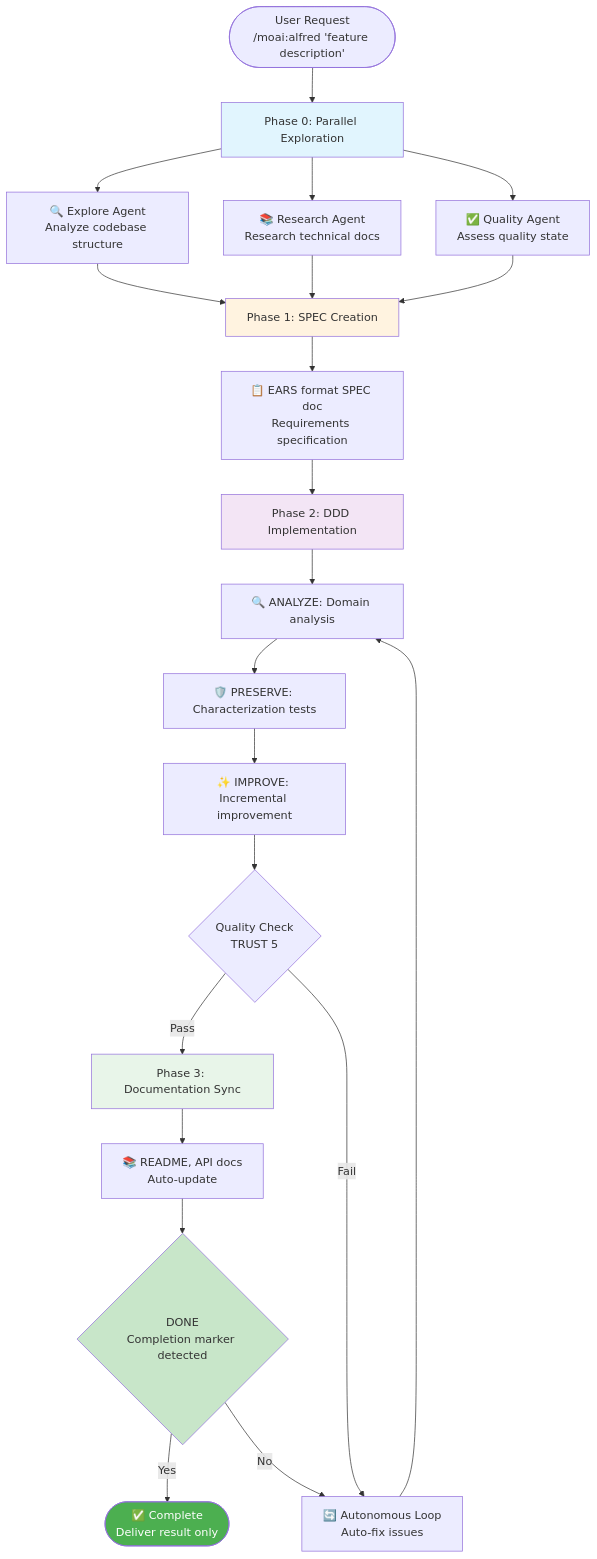
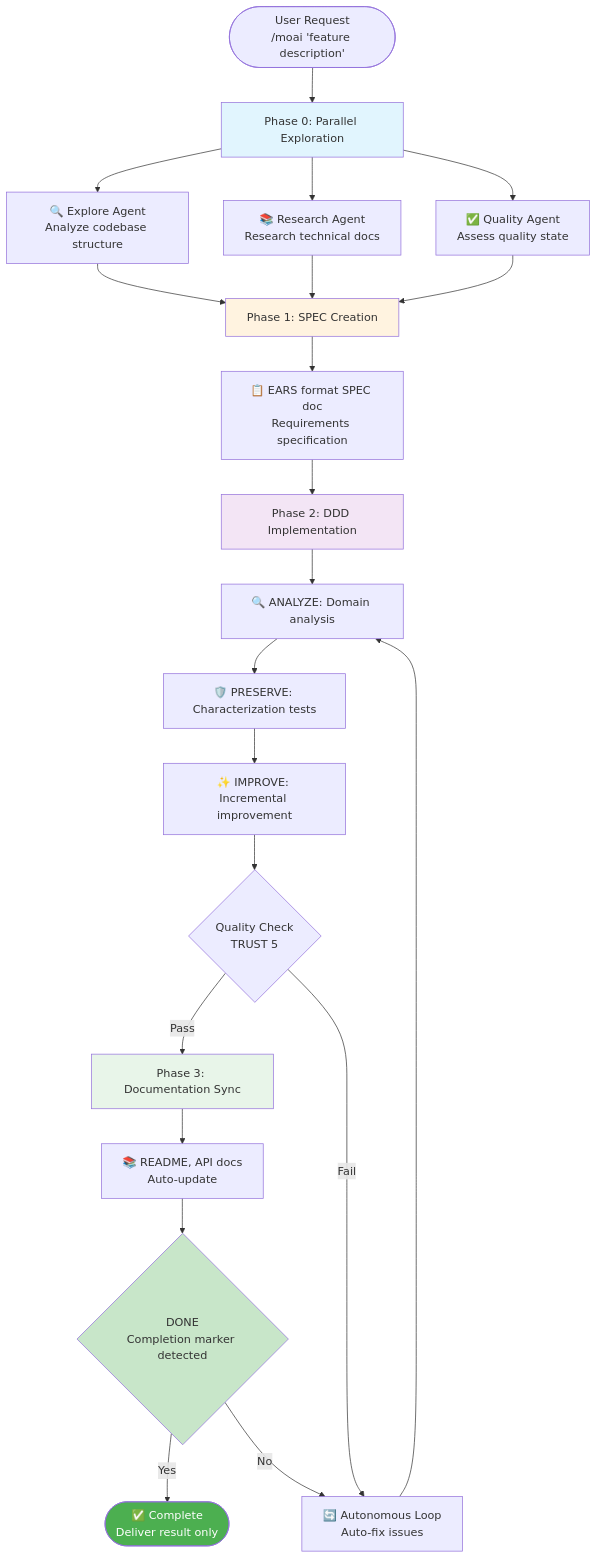
The first of 9 diagrams in README.md (modu-ai/moai-adk), drawn with Mermaid before and after one commit. The commit also changed other lines of this file and 16 other files, not shown here.

````diff
--- a/README.md
+++ b/README.md
@@ -730,41 +730,41 @@
 ```mermaid
 flowchart TB
-    Start([User Request<br/>/moai:alfred 'feature description']) --> Phase0[Phase 0: Parallel Exploration]
+    Start([User Request<br/>/moai 'feature description']) --> Phase0[Phase 0: Parallel Exploration]
 
     Phase0 --> Explore[🔍 Explore Agent<br/>Analyze codebase structure]
     Phase0 --> Research[📚 Research Agent<br/>Research technical docs]
     Phase0 --> Quality[✅ Quality Agent<br/>Assess quality state]
 
     Explore --> Phase1[Phase 1: SPEC Creation]
     Research --> Phase1
     Quality --> Phase1
 
     Phase1 --> Spec[📋 EARS format SPEC doc<br/>Requirements specification]
 
     Spec --> Phase2[Phase 2: DDD Implementation]
 
     Phase2 --> Analyze[🔍 ANALYZE: Domain analysis]
     Analyze --> Preserve[🛡️ PRESERVE: Characterization tests]
     Preserve --> Improve[✨ IMPROVE: Incremental improvement]
 
     Improve --> Check{Quality Check<br/>TRUST 5}
 
     Check -->|Pass| Phase3[Phase 3: Documentation Sync]
     Check -->|Fail| Loop[🔄 Autonomous Loop<br/>Auto-fix issues]
 
     Loop --> Analyze
 
     Phase3 --> Docs[📚 README, API docs<br/>Auto-update]
 
     Docs --> Done{<moai>DONE</moai><br/>Completion marker detected}
 
     Done -->|Yes| End([✅ Complete<br/>Deliver result only])
     Done -->|No| Loop
 
     style Phase0 fill:#e1f5fe
     style Phase1 fill:#fff3e0
     style Phase2 fill:#f3e5f5
     style Phase3 fill:#e8f5e9
     style Done fill:#c8e6c9
     style End fill:#4caf50,color:#fff
 ```
````
